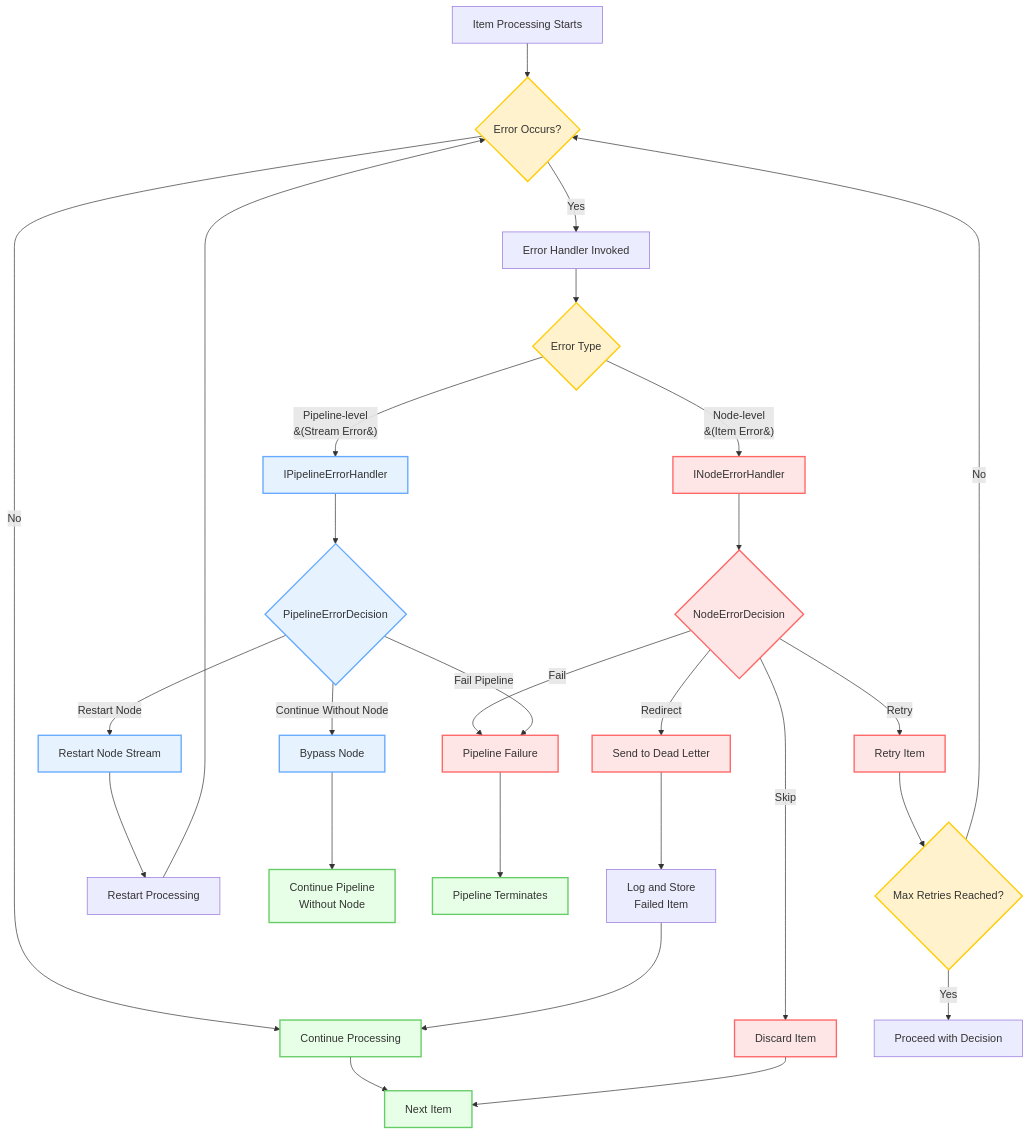
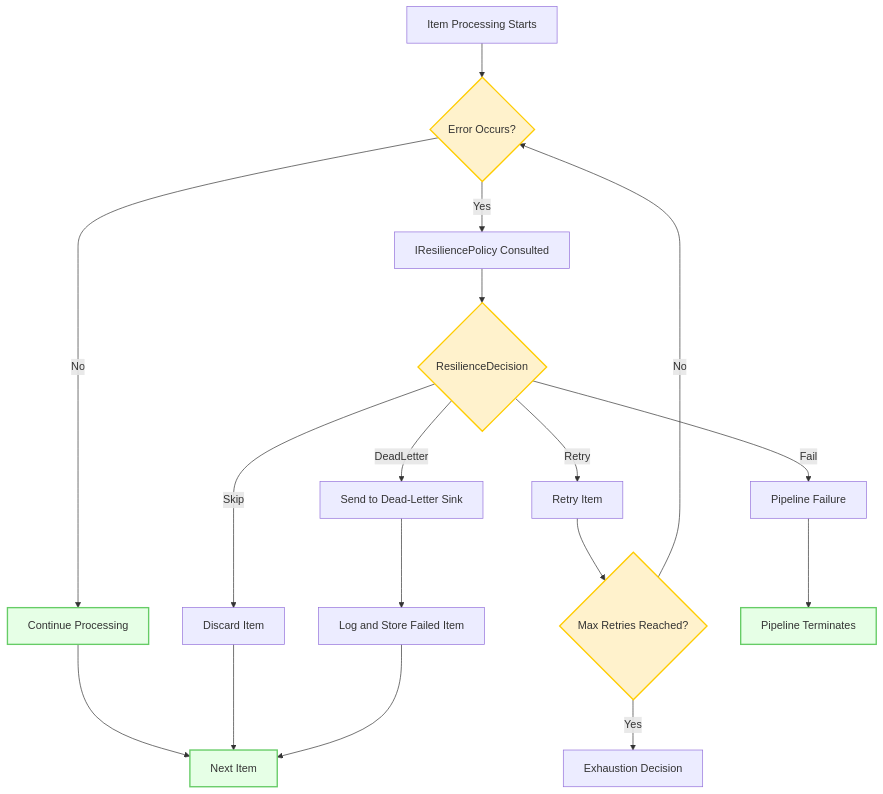
The diagram in docs/core-concepts/resilience/error-handling-overview.md (npipeline/docs.npipeline.net), drawn with Mermaid before and after one commit. The commit also changed other lines of this file and 30 other files, not shown here.

````diff
--- a/docs/core-concepts/resilience/error-handling-overview.md
+++ b/docs/core-concepts/resilience/error-handling-overview.md
@@ -93,48 +121,27 @@
 ```mermaid
 flowchart TD
     A[Item Processing Starts] --> B{Error Occurs?}
     B -->|No| C[Continue Processing]
-    B -->|Yes| D[Error Handler Invoked]
+    B -->|Yes| D[IResiliencePolicy Consulted]
 
-    D --> E{Error Type}
-    E -->|Node-level<br>&#40;Item Error&#41;| F[INodeErrorHandler]
-    E -->|Pipeline-level<br>&#40;Stream Error&#41;| G[IPipelineErrorHandler]
+    D --> E{ResilienceDecision}
+    E -->|Retry| F[Retry Item]
+    E -->|Skip| G[Discard Item]
+    E -->|DeadLetter| H[Send to Dead-Letter Sink]
+    E -->|Fail| I[Pipeline Failure]
 
-    %% Node-level Error Handling
-    F --> H{NodeErrorDecision}
-    H -->|Retry| I[Retry Item]
-    H -->|Skip| J[Discard Item]
-    H -->|Redirect| K[Send to Dead Letter]
-    H -->|Fail| L[Pipeline Failure]
+    F --> J{Max Retries Reached?}
+    J -->|No| B
+    J -->|Yes| K[Exhaustion Decision]
 
-    I --> M{Max Retries Reached?}
-    M -->|No| B
-    M -->|Yes| O[Proceed with Decision]
+    C --> L[Next Item]
+    G --> L
+    H --> M[Log and Store Failed Item]
+    M --> L
+    I --> N[Pipeline Terminates]
 
-    %% Pipeline-level Error Handling
-    G --> R{PipelineErrorDecision}
-    R -->|Restart Node| S[Restart Node Stream]
-    R -->|Continue Without Node| T[Bypass Node]
-    R -->|Fail Pipeline| L
-
-    S --> Z[Restart Processing]
-    Z --> B
-
-    %% Outcomes
-    C --> AD[Next Item]
-    J --> AD
-    T --> AE[Continue Pipeline<br>Without Node]
-    L --> AF[Pipeline Terminates]
-    K --> AC[Log and Store<br>Failed Item]
-    AC --> C
-
-    classDef nodeError fill:#ffe6e6,stroke:#ff6666,stroke-width:2px
-    classDef pipelineError fill:#e6f3ff,stroke:#66aaff,stroke-width:2px
     classDef decision fill:#fff2cc,stroke:#ffcc00,stroke-width:2px
     classDef outcome fill:#e6ffe6,stroke:#66cc66,stroke-width:2px
-
-    class F,H,I,J,K,L nodeError
-    class G,R,S,T pipelineError
-    class B,E,M decision
-    class C,AD,AE,AF outcome
+    class B,E,J decision
+    class C,L,N outcome
 ```
````
